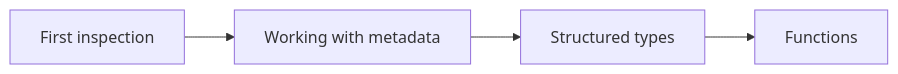
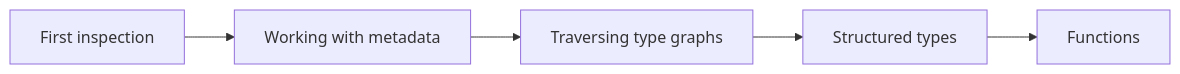
One commit to tbhb/typing-graph changed the diagram in docs/tutorials/index.md. Above: the diagram before and after it, drawn with Mermaid. The commit also changed other lines of this file and 2 other files, not shown here.

First line of the commit message:
docs(tutorials): add traversing type graphs tutorial

````diff
--- a/docs/tutorials/index.md
+++ b/docs/tutorials/index.md
@@ -9,6 +9,7 @@
 ```mermaid
 flowchart LR
     A[First inspection] --> B[Working with metadata]
-    B --> C[Structured types]
-    C --> D[Functions]
+    B --> C[Traversing type graphs]
+    C --> D[Structured types]
+    D --> E[Functions]
 ```
````
